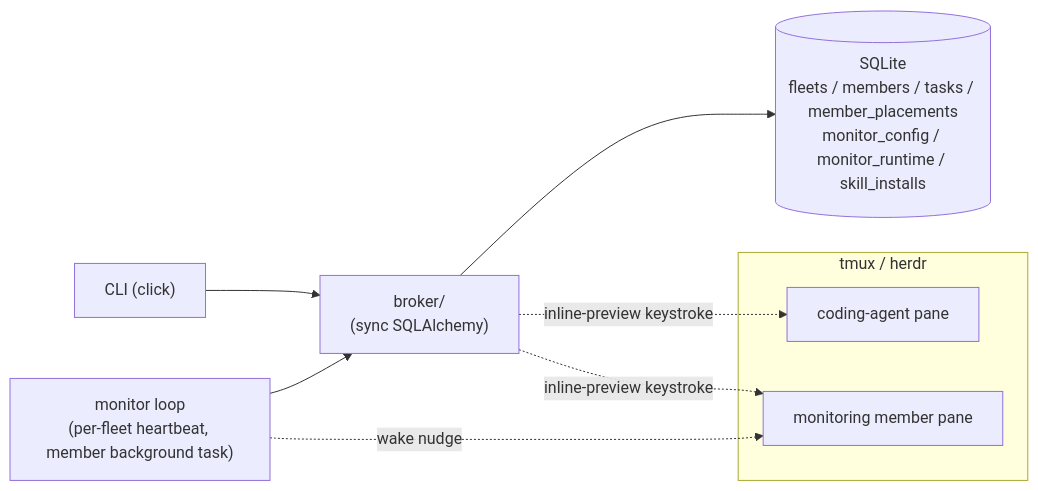
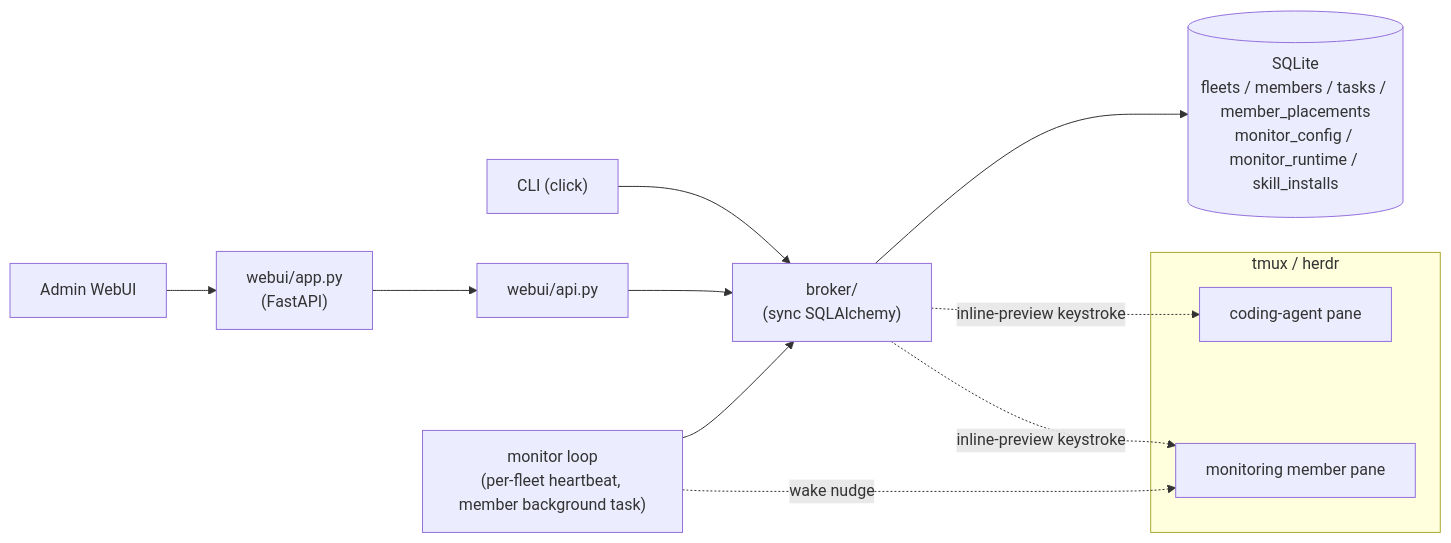
Before and after one commit to himkt/cafleet: the diagram in docs/concepts/overview.md, drawn with Mermaid. The commit also changed other lines of this file and 19 other files, not shown here.

````diff
--- a/docs/concepts/overview.md
+++ b/docs/concepts/overview.md
@@ -31,14 +31,17 @@
 ```mermaid
 %%{init: {'theme': 'default', 'themeVariables': {'fontSize': '16px'}}}%%
 flowchart LR
     CLI["CLI (click)"] --> Broker["broker/<br/>(sync SQLAlchemy)"]
+    WebUI["Admin WebUI"] --> Server["webui/app.py<br/>(FastAPI)"]
+    Server --> WebUIAPI["webui/api.py"]
+    WebUIAPI --> Broker
     Monitor["monitor loop<br/>(per-fleet heartbeat, member background task)"] --> Broker
     Broker --> DB[(SQLite<br/>fleets / members / tasks / member_placements<br/>monitor_config / monitor_runtime / skill_installs)]
     subgraph Multiplexer["tmux / herdr"]
         PaneA["coding-agent pane"]
         PaneB["monitoring member pane"]
     end
     Broker -. inline-preview keystroke .-> PaneA
     Broker -. inline-preview keystroke .-> PaneB
     Monitor -. wake nudge .-> PaneB
 ```
````
